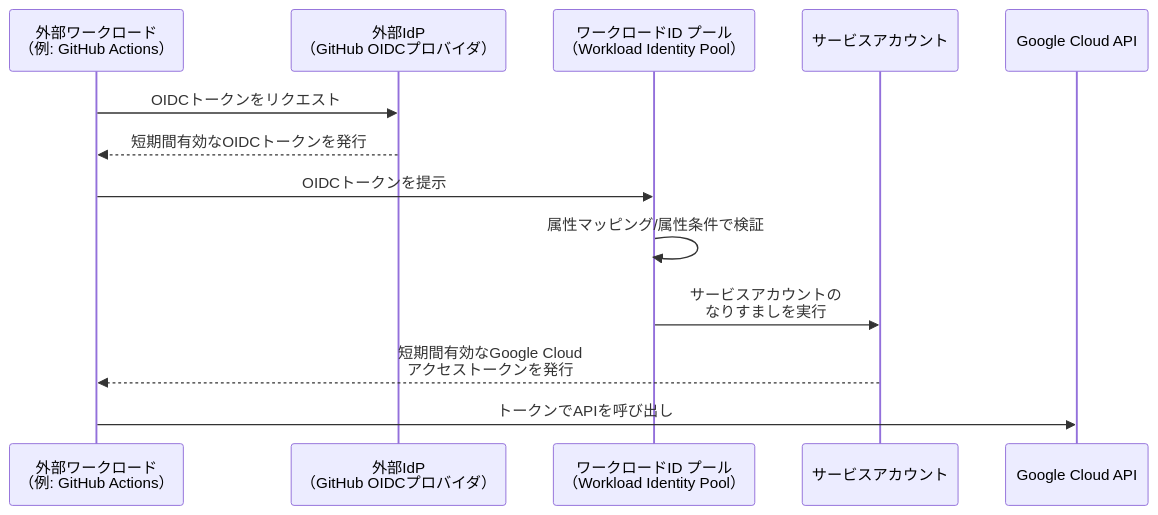
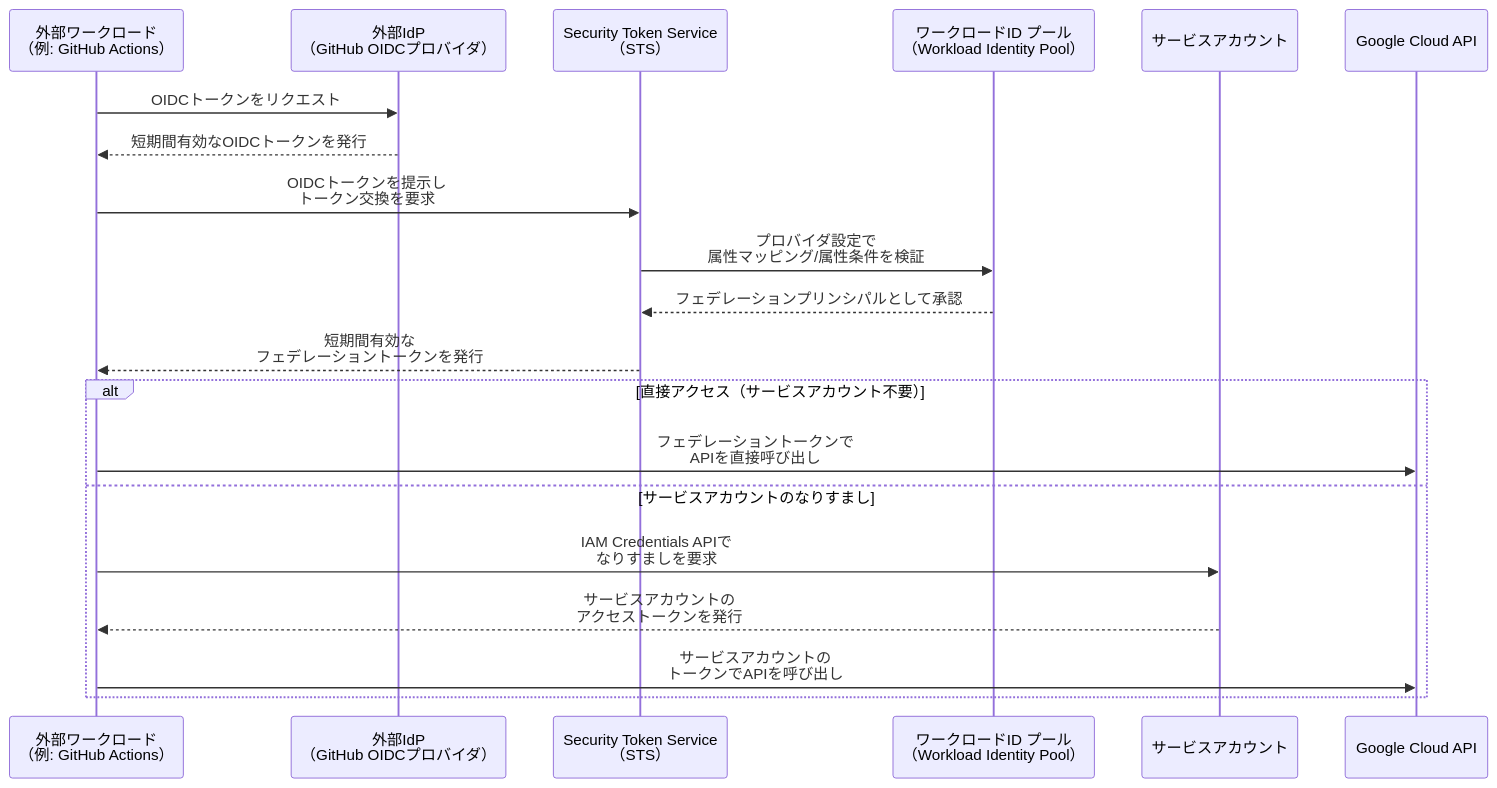
One commit to myoshi2891/Cloud-Infrastructure-Studies changed diagram 17 of 26 in Gcp-pca-section3-security-compliance.md. Above: the diagram before and after it, drawn with Mermaid. The commit also changed other lines of this file and 1 other file, not shown here.

````diff
--- a/Gcp-pca-section3-security-compliance.md
+++ b/Gcp-pca-section3-security-compliance.md
@@ -598,16 +612,24 @@
 ```mermaid
 sequenceDiagram
     participant Ext as 外部ワークロード<br/>（例: GitHub Actions）
     participant IdP as 外部IdP<br/>（GitHub OIDCプロバイダ）
+    participant STS as Security Token Service<br/>（STS）
     participant Pool as ワークロードID プール<br/>（Workload Identity Pool）
     participant SA as サービスアカウント
     participant API as Google Cloud API
 
     Ext->>IdP: OIDCトークンをリクエスト
     IdP-->>Ext: 短期間有効なOIDCトークンを発行
-    Ext->>Pool: OIDCトークンを提示
-    Pool->>Pool: 属性マッピング/属性条件で検証
-    Pool->>SA: サービスアカウントの<br/>なりすましを実行
-    SA-->>Ext: 短期間有効なGoogle Cloud<br/>アクセストークンを発行
-    Ext->>API: トークンでAPIを呼び出し
+    Ext->>STS: OIDCトークンを提示し<br/>トークン交換を要求
+    STS->>Pool: プロバイダ設定で<br/>属性マッピング/属性条件を検証
+    Pool-->>STS: フェデレーションプリンシパルとして承認
+    STS-->>Ext: 短期間有効な<br/>フェデレーショントークンを発行
+
+    alt 直接アクセス（サービスアカウント不要）
+        Ext->>API: フェデレーショントークンで<br/>APIを直接呼び出し
+    else サービスアカウントのなりすまし
+        Ext->>SA: IAM Credentials APIで<br/>なりすましを要求
+        SA-->>Ext: サービスアカウントの<br/>アクセストークンを発行
+        Ext->>API: サービスアカウントの<br/>トークンでAPIを呼び出し
+    end
 ```
````
